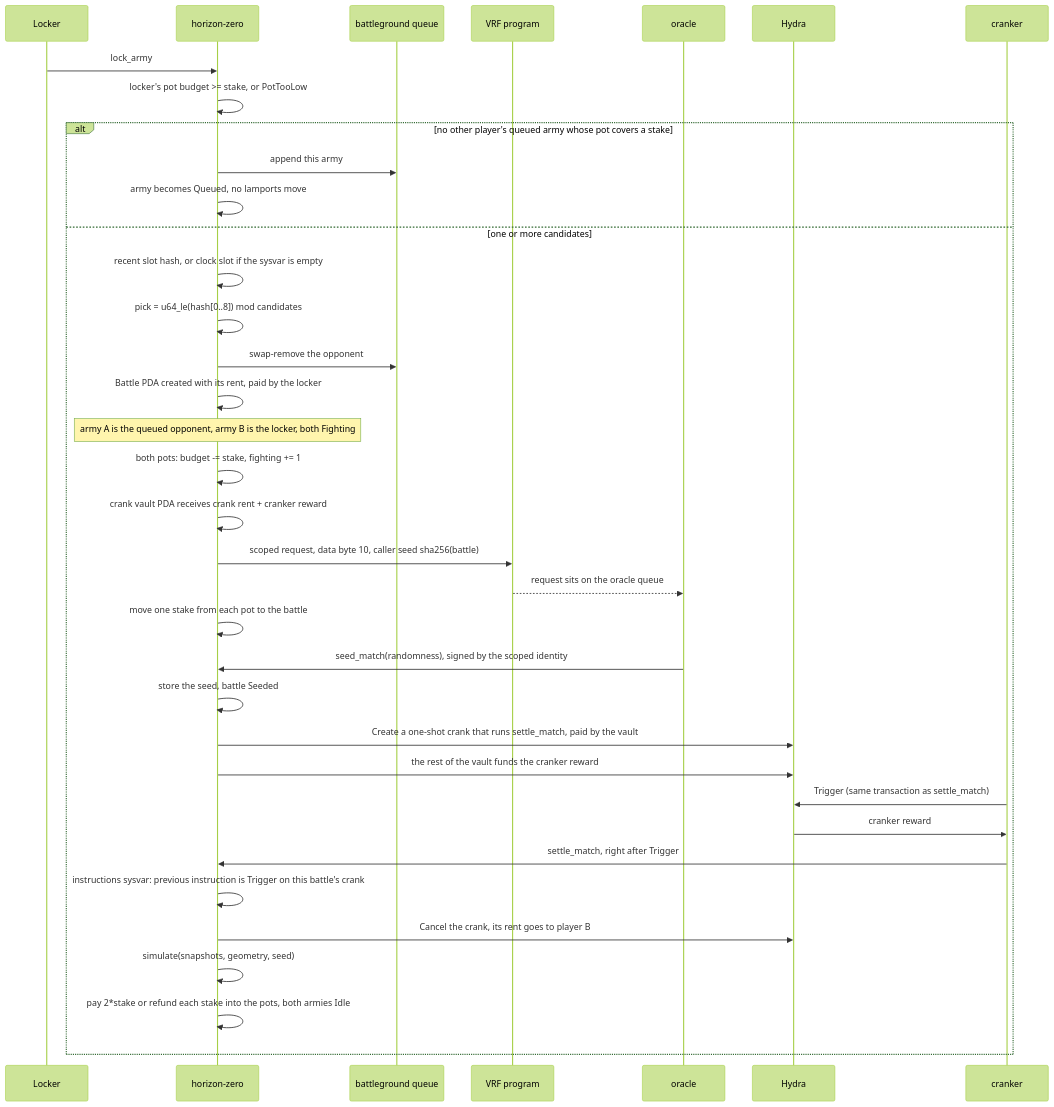
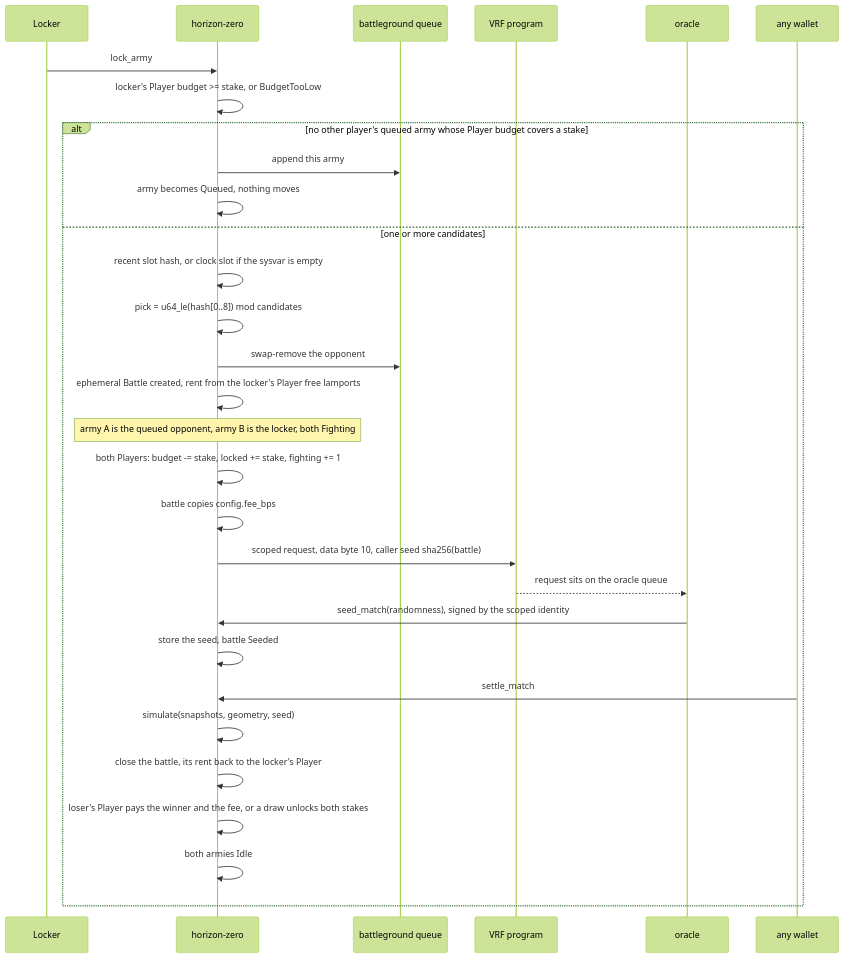
One commit to Dodecahedr0x/horizon-zero changed the first of 3 diagrams in docs/src/matchmaking.md. Above: the diagram before and after it, drawn with Mermaid (forest theme). The commit also changed other lines of this file and 19 other files, not shown here.

First line of the commit message:
feat: Player stakes, ephemeral accounts and a permissionless settlement with the protocol fee

````diff
--- a/docs/src/matchmaking.md
+++ b/docs/src/matchmaking.md
@@ -5,38 +5,32 @@
 ```mermaid
 sequenceDiagram
   participant Locker
   participant Program as horizon-zero
   participant Queue as battleground queue
   participant VRF as VRF program
   participant Oracle as oracle
-  participant Hydra as Hydra
-  participant Cranker as cranker
+  participant Anyone as any wallet
   Locker->>Program: lock_army
-  Program->>Program: locker's pot budget >= stake, or PotTooLow
-  alt no other player's queued army whose pot covers a stake
+  Program->>Program: locker's Player budget >= stake, or BudgetTooLow
+  alt no other player's queued army whose Player budget covers a stake
     Program->>Queue: append this army
-    Program->>Program: army becomes Queued, no lamports move
+    Program->>Program: army becomes Queued, nothing moves
   else one or more candidates
     Program->>Program: recent slot hash, or clock slot if the sysvar is empty
     Program->>Program: pick = u64_le(hash[0..8]) mod candidates
     Program->>Queue: swap-remove the opponent
-    Program->>Program: Battle PDA created with its rent, paid by the locker
+    Program->>Program: ephemeral Battle created, rent from the locker's Player free lamports
     Note over Program: army A is the queued opponent, army B is the locker, both Fighting
-    Program->>Program: both pots: budget -= stake, fighting += 1
-    Program->>Program: crank vault PDA receives crank rent + cranker reward
+    Program->>Program: both Players: budget -= stake, locked += stake, fighting += 1
+    Program->>Program: battle copies config.fee_bps
     Program->>VRF: scoped request, data byte 10, caller seed sha256(battle)
     VRF-->>Oracle: request sits on the oracle queue
-    Program->>Program: move one stake from each pot to the battle
     Oracle->>Program: seed_match(randomness), signed by the scoped identity
     Program->>Program: store the seed, battle Seeded
-    Program->>Hydra: Create a one-shot crank that runs settle_match, paid by the vault
-    Program->>Hydra: the rest of the vault funds the cranker reward
-    Cranker->>Hydra: Trigger (same transaction as settle_match)
-    Hydra->>Cranker: cranker reward
-    Cranker->>Program: settle_match, right after Trigger
-    Program->>Program: instructions sysvar: previous instruction is Trigger on this battle's crank
-    Program->>Hydra: Cancel the crank, its rent goes to player B
+    Anyone->>Program: settle_match
     Program->>Program: simulate(snapshots, geometry, seed)
-    Program->>Program: pay 2*stake or refund each stake into the pots, both armies Idle
+    Program->>Program: close the battle, its rent back to the locker's Player
+    Program->>Program: loser's Player pays the winner and the fee, or a draw unlocks both stakes
+    Program->>Program: both armies Idle
   end
 ```
````
